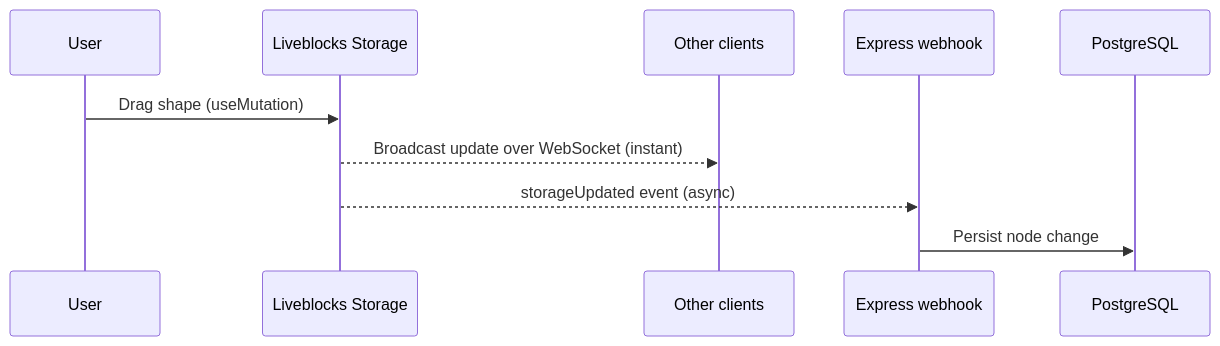
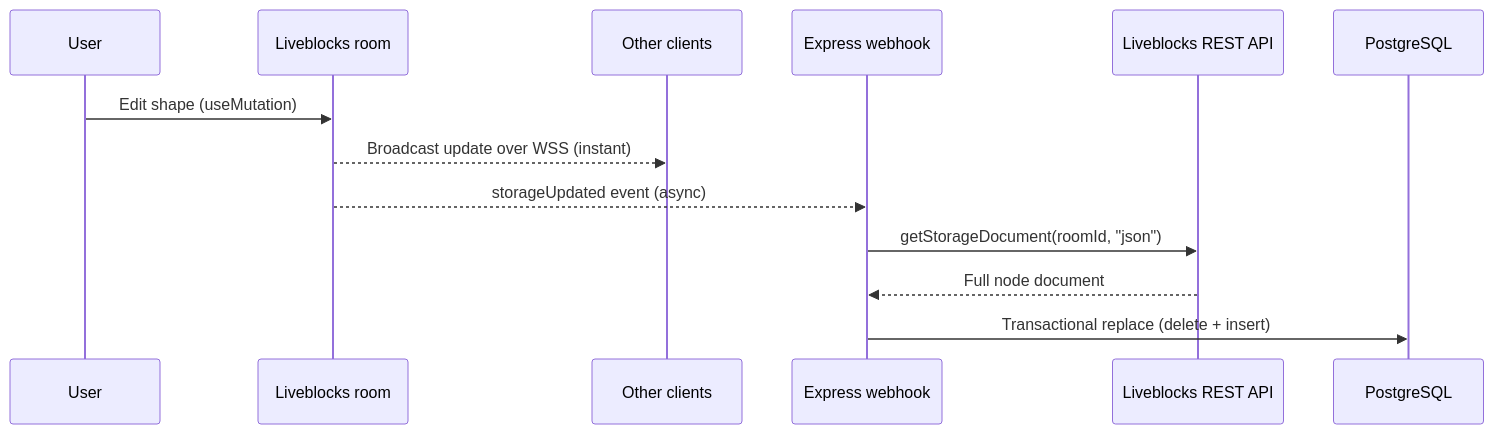
Before and after one commit to Harshith917/Craftboard: the third of 3 diagrams in README.md, drawn with Mermaid. The commit also changed other lines of this file and 89 other files, not shown here.

````diff
--- a/README.md
+++ b/README.md
@@ -77,13 +205,16 @@
 ```mermaid
 sequenceDiagram
     participant U as User
-    participant LB as Liveblocks Storage
+    participant LB as Liveblocks room
     participant OC as Other clients
     participant WH as Express webhook
+    participant API as Liveblocks REST API
     participant DB as PostgreSQL
 
-    U->>LB: Drag shape (useMutation)
-    LB-->>OC: Broadcast update over WebSocket (instant)
+    U->>LB: Edit shape (useMutation)
+    LB-->>OC: Broadcast update over WSS (instant)
     LB-->>WH: storageUpdated event (async)
-    WH->>DB: Persist node change
+    WH->>API: getStorageDocument(roomId, "json")
+    API-->>WH: Full node document
+    WH->>DB: Transactional replace (delete + insert)
 ```
````
